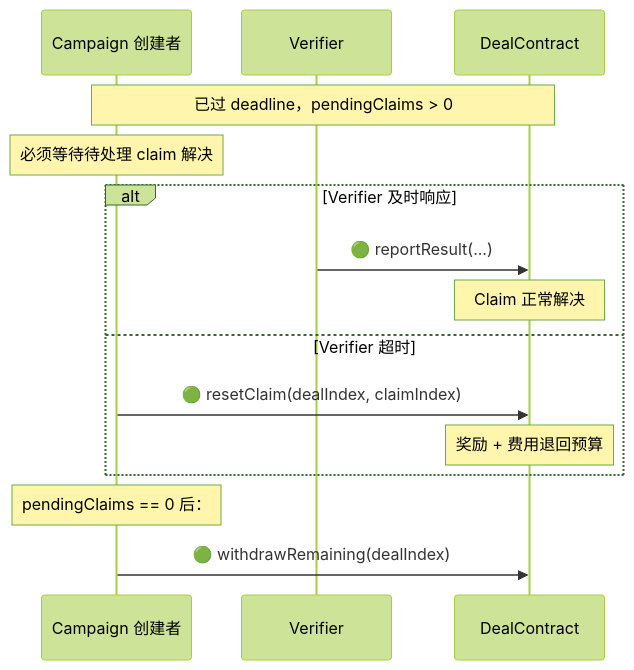
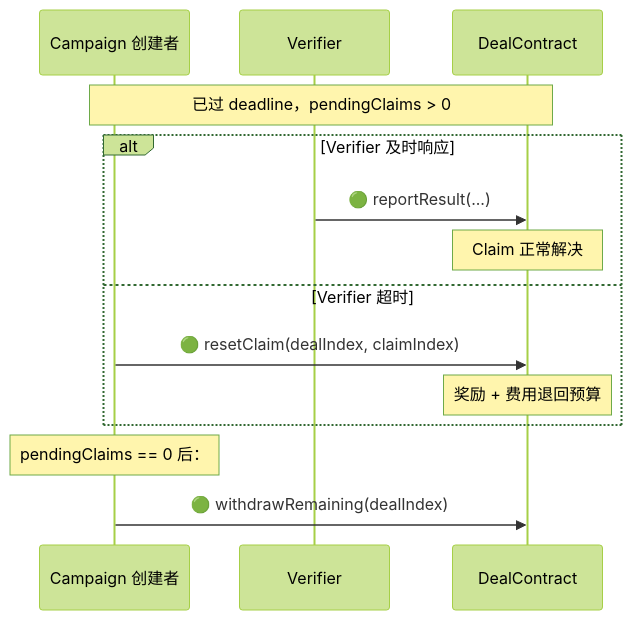
The fifth of 5 diagrams in examples/x-follow/x-follow-design-zh.md (synctxai/synctx), drawn with Mermaid (forest theme) before and after one commit. The commit also changed other lines of this file and 1 other file, not shown here.

````diff
--- a/examples/x-follow/x-follow-design-zh.md
+++ b/examples/x-follow/x-follow-design-zh.md
@@ -307,20 +303,19 @@
 ```mermaid
 sequenceDiagram
     participant A as Campaign 创建者
     participant V as Verifier
     participant D as DealContract
 
     Note over A,D: 已过 deadline，pendingClaims > 0
-    Note over A: 必须等待待处理 claim 解决
 
     alt Verifier 及时响应
         V->>D: 🟢 reportResult(...)
         Note over D: Claim 正常解决
     else Verifier 超时
         A->>D: 🟢 resetClaim(dealIndex, claimIndex)
         Note over D: 奖励 + 费用退回预算
     end
 
     Note over A: pendingClaims == 0 后：
     A->>D: 🟢 withdrawRemaining(dealIndex)
 ```
````
